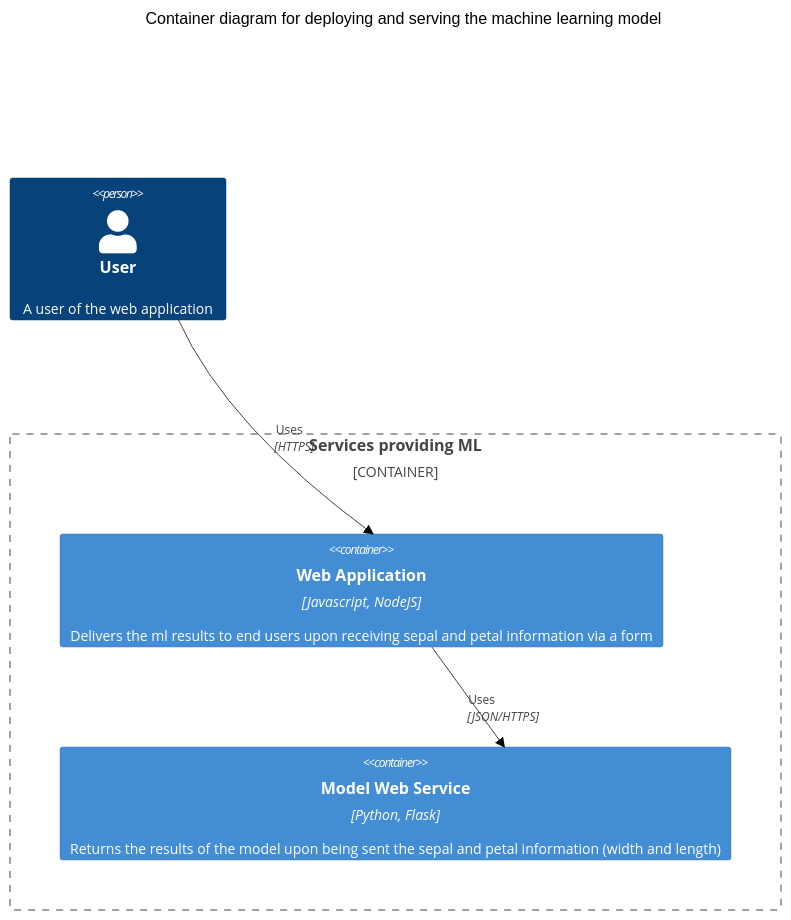
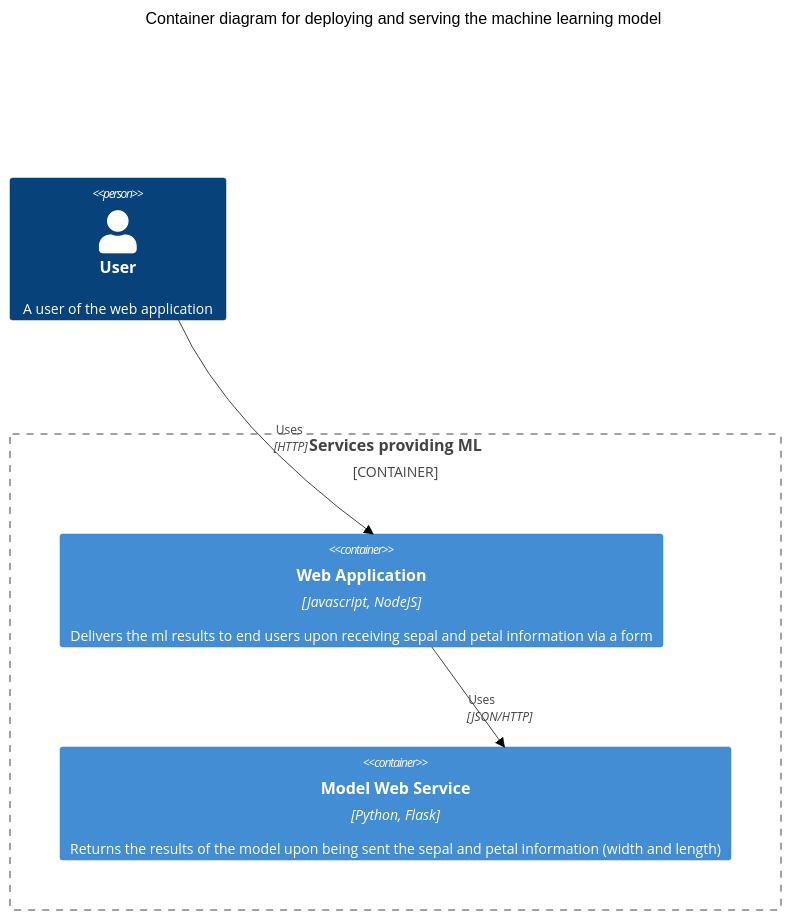
Before and after one commit to nicholas-yjtang/interview: the second of 2 diagrams in mlops/README.md, drawn with Mermaid (neutral theme). The commit also changed other lines of this file, not shown here.

````diff
--- a/mlops/README.md
+++ b/mlops/README.md
@@ -14,15 +14,15 @@
 ```mermaid
 C4Container
 title Container diagram for deploying and serving the machine learning model
 
 Person(user, User, "A user of the web application", $tags="v1.0")
 
 Container_Boundary(c1, "Services providing ML") {
     Container(web_app, "Web Application", "Javascript, NodeJS", "Delivers the ml results to end users upon receiving sepal and petal information via a form")
     Container(ml_app, "Model Web Service", "Python, Flask", "Returns the results of the model upon being sent the sepal and petal information (width and length)")
-    Rel(web_app, ml_app, "Uses", "JSON/HTTPS")
+    Rel(web_app, ml_app, "Uses", "JSON/HTTP")
 }
 
-Rel(user, web_app, "Uses", "HTTPS")
+Rel(user, web_app, "Uses", "HTTP")
 
 ```
````
